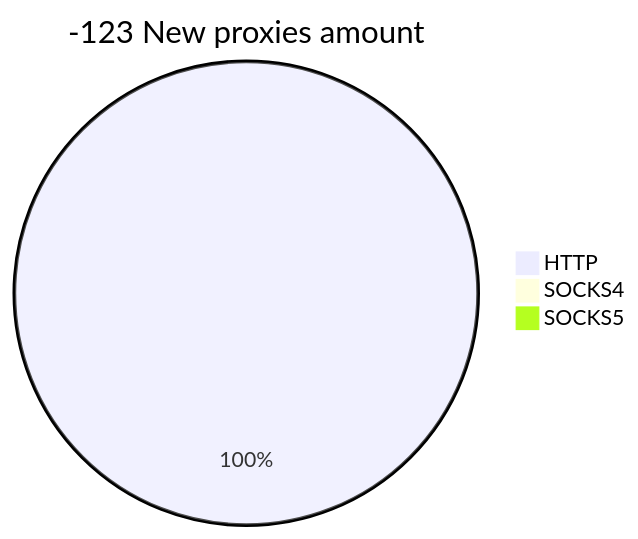
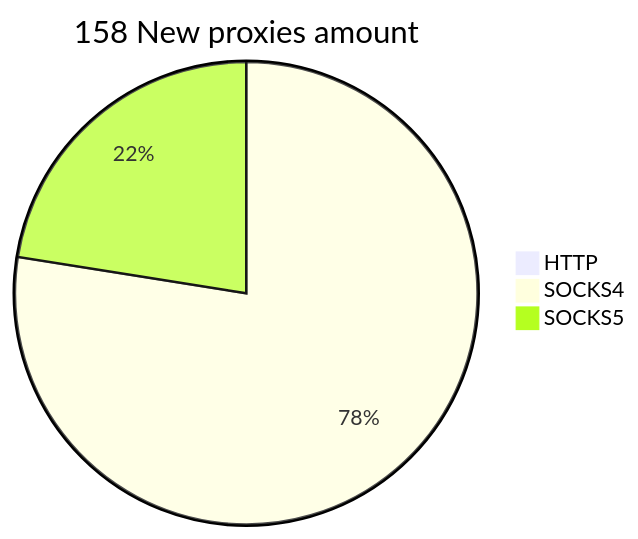
Before and after one commit to cutipu/proxylist: the second of 2 diagrams in README.md, drawn with Mermaid. The commit also changed other lines of this file, not shown here.

````diff
--- a/README.md
+++ b/README.md
@@ -10,6 +10,6 @@
 ```mermaid
-pie title -123 New proxies amount
-    "HTTP" : 52
-    "SOCKS4" : 0
-    "SOCKS5" : 0
+pie title 158 New proxies amount
+    "HTTP" : 0
+    "SOCKS4" : 131
+    "SOCKS5" : 38
 ```
````
